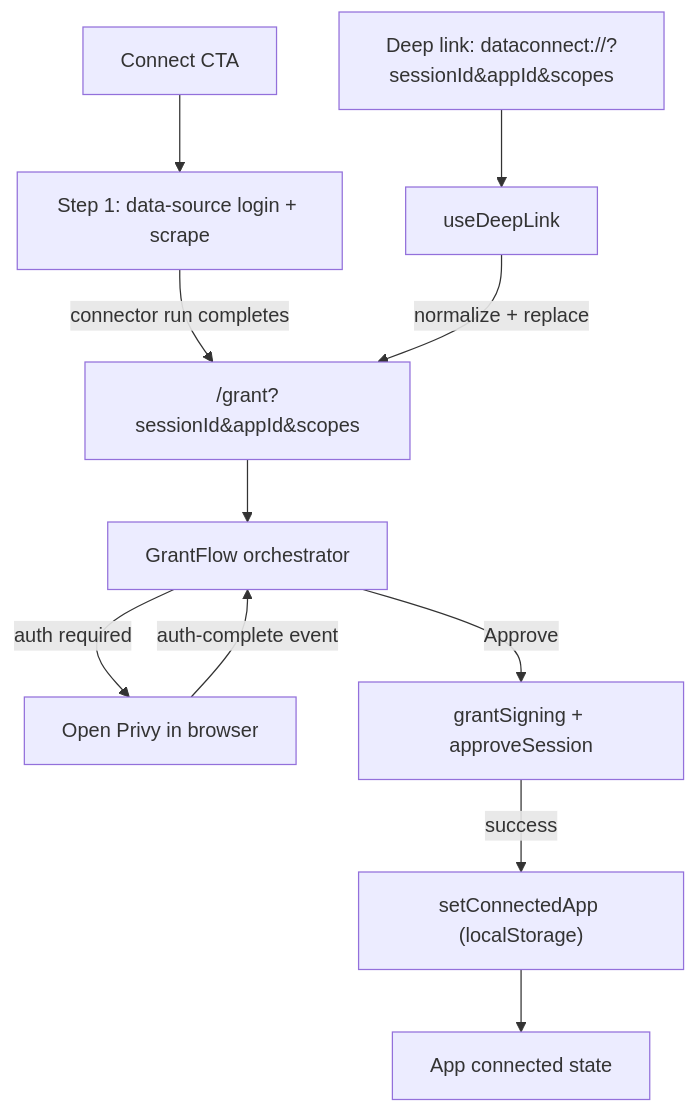
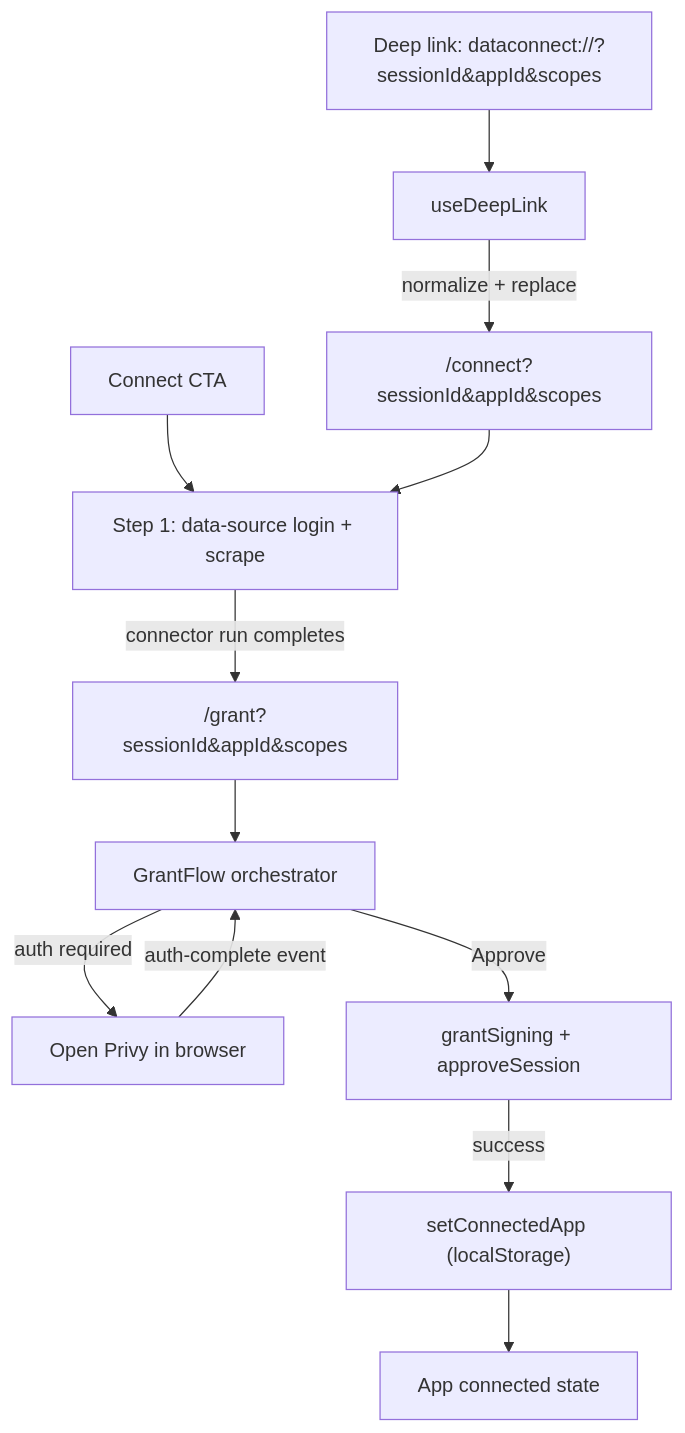
One commit to vana-com/data-connect changed the diagram in docs/260203-grant-connect-flow.md. Above: the diagram before and after it, drawn with Mermaid. The commit also changed other lines of this file and 3 other files, not shown here.

Commit message:
feat(deep-link): normalize to /connect

````diff
--- a/docs/260203-grant-connect-flow.md
+++ b/docs/260203-grant-connect-flow.md
@@ -15,13 +15,14 @@
 ```mermaid
 flowchart TD
   A["Connect CTA"] --> B[Step 1: data-source login + scrape]
   B -->|connector run completes| C["/grant?sessionId&appId&scopes"]
   X[Deep link: dataconnect://?sessionId&appId&scopes] --> D[useDeepLink]
-  D -->|normalize + replace| C
-  C --> E[GrantFlow orchestrator]
-  E -->|auth required| F[Open Privy in browser]
-  F -->|auth-complete event| E
-  E -->|Approve| G[grantSigning + approveSession]
-  G -->|success| H["setConnectedApp (localStorage)"]
-  H --> I[App connected state]
+  D -->|normalize + replace| E["/connect?sessionId&appId&scopes"]
+  E --> B
+  C --> F[GrantFlow orchestrator]
+  F -->|auth required| G[Open Privy in browser]
+  G -->|auth-complete event| F
+  F -->|Approve| H[grantSigning + approveSession]
+  H -->|success| I["setConnectedApp (localStorage)"]
+  I --> J[App connected state]
 ```
````
